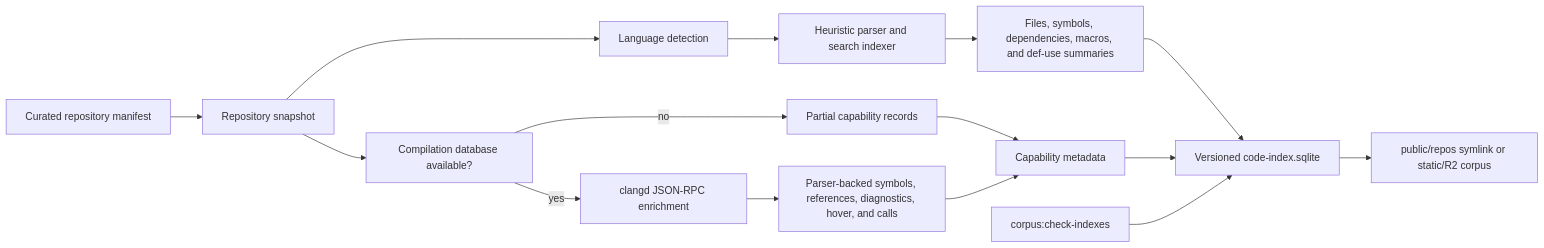
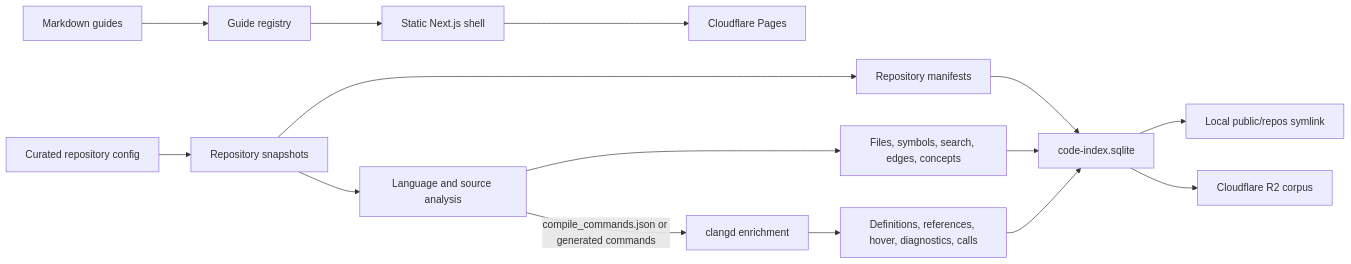
The first of 3 diagrams in README.md (pkill37/gitshaman.com), drawn with Mermaid before and after one commit. The commit also changed other lines of this file and 28 other files, not shown here.

````diff
--- a/README.md
+++ b/README.md
@@ -69,20 +75,17 @@
 ```mermaid
-graph LR
-  A["Curated repository manifest"] --> B["Repository snapshot"]
-  B --> C["Language detection"]
-  B --> D["Compilation database available?"]
-
-  C --> E["Heuristic parser and search indexer"]
-  D -->|yes| F["clangd JSON-RPC enrichment"]
-  D -->|no| G["Partial capability records"]
-
-  F --> H["Parser-backed symbols, references, diagnostics, hover, and calls"]
-  E --> I["Files, symbols, dependencies, macros, and def-use summaries"]
-  G --> J["Capability metadata"]
-  H --> J
-
-  I --> K["Versioned code-index.sqlite"]
-  J --> K
-  K --> L["public/repos symlink or static/R2 corpus"]
-  M["corpus:check-indexes"] --> K
+flowchart LR
+  Guides["Markdown guides"] --> Registry["Guide registry"]
+  Config["Curated repository config"] --> Corpus["Repository snapshots"]
+  Corpus --> Manifest["Repository manifests"]
+  Corpus --> Detect["Language and source analysis"]
+  Detect --> Heuristic["Files, symbols, search, edges, concepts"]
+  Detect -->|compile_commands.json or generated commands| Clangd["clangd enrichment"]
+  Clangd --> Semantic["Definitions, references, hover, diagnostics, calls"]
+  Heuristic --> Index["code-index.sqlite"]
+  Semantic --> Index
+  Manifest --> Index
+  Registry --> Shell["Static Next.js shell"]
+  Index --> Local["Local public/repos symlink"]
+  Index --> R2["Cloudflare R2 corpus"]
+  Shell --> Pages["Cloudflare Pages"]
 ```
````
